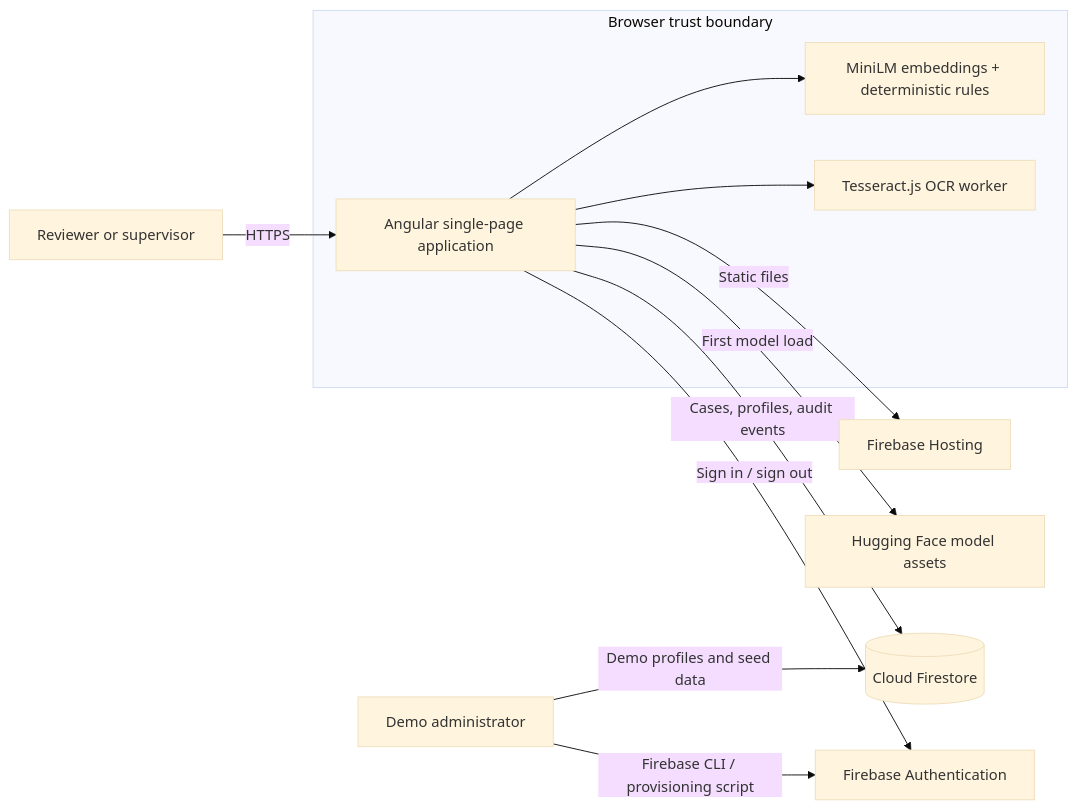
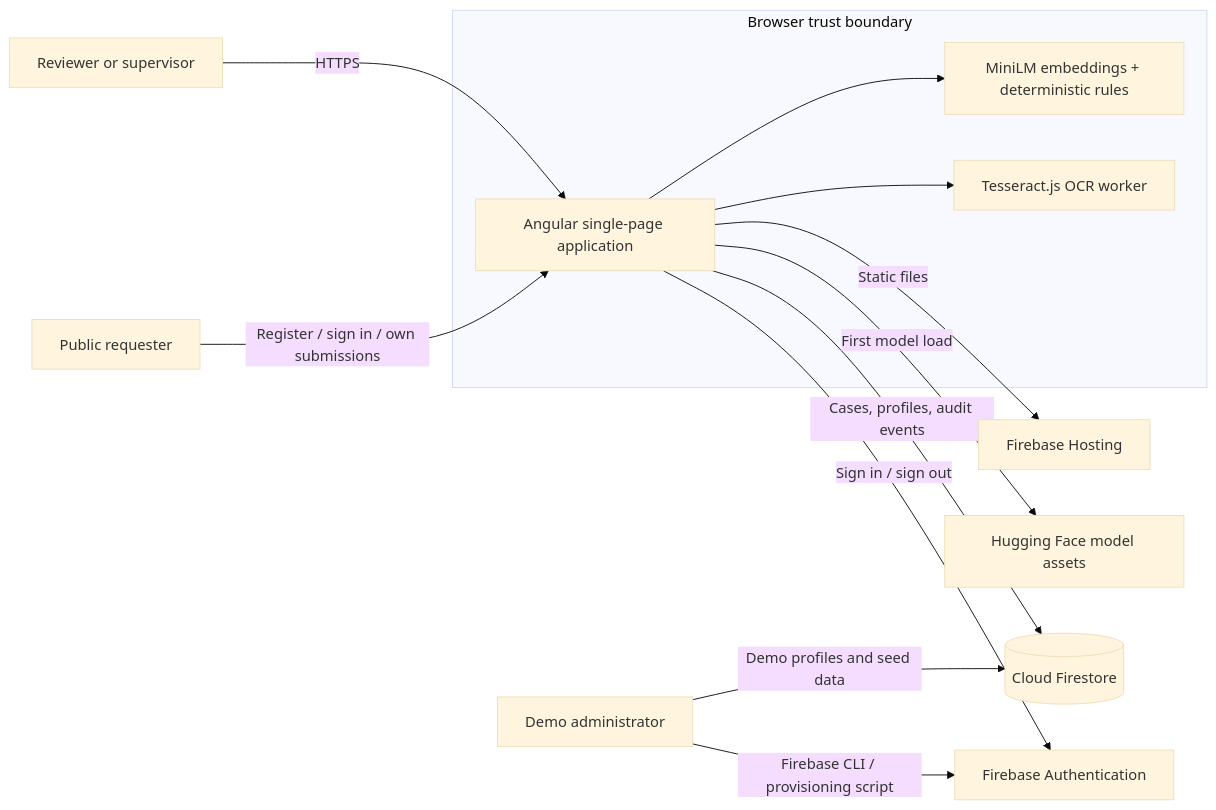
The first of 5 diagrams in docs/ARCHITECTURE.md (naveenalavilli/complaint-triage), drawn with Mermaid (base theme) before and after one commit. The commit also changed other lines of this file and 22 other files, not shown here.

````diff
--- a/docs/ARCHITECTURE.md
+++ b/docs/ARCHITECTURE.md
@@ -40,18 +42,19 @@
 ```mermaid
 flowchart LR
+    Requester[Public requester] -->|Register / sign in / own submissions| SPA[Angular single-page application]
     Reviewer[Reviewer or supervisor] -->|HTTPS| SPA[Angular single-page application]
     SPA -->|Sign in / sign out| Auth[Firebase Authentication]
     SPA -->|Cases, profiles, audit events| DB[(Cloud Firestore)]
     SPA -->|First model load| HF[Hugging Face model assets]
     SPA -->|Static files| Hosting[Firebase Hosting]
     Admin[Demo administrator] -->|Firebase CLI / provisioning script| Auth
     Admin -->|Demo profiles and seed data| DB
 
     subgraph Browser trust boundary
       SPA
       OCR[Tesseract.js OCR worker]
       Retrieval[MiniLM embeddings + deterministic rules]
       SPA --> OCR
       SPA --> Retrieval
     end
 ```
````
